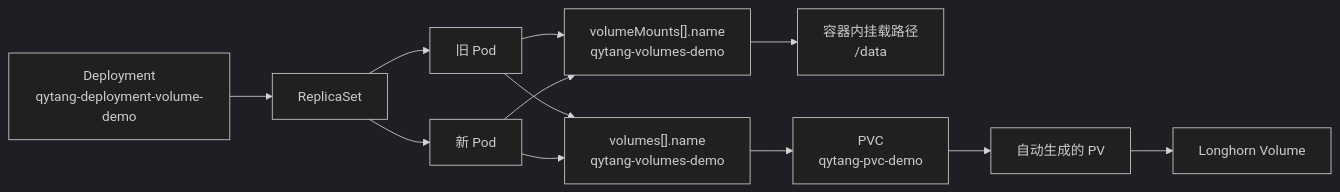
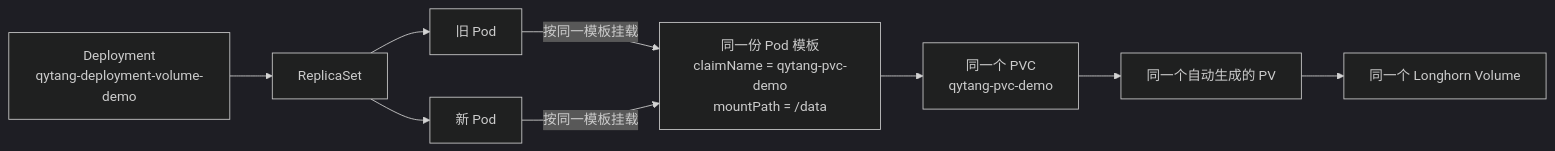
One commit to hwang-protocol/docker_k8s_2026 changed the third of 3 diagrams in k8s/04-storage-and-stateful/docs/06_default_storageclass_and_test_pvc.md. Above: the diagram before and after it, drawn with Mermaid (dark theme). The commit also changed other lines of this file, not shown here.

Commit message:
Refine documentation on PVC and Pod management, emphasizing the use of a single Pod template for consistent volume claims. Clarify the relationship between old and new Pods, PVCs, and their corresponding PVs and Longhorn Volumes to enhance understanding of persistent storage behavior in Kubernetes.

````diff
--- a/k8s/04-storage-and-stateful/docs/06_default_storageclass_and_test_pvc.md
+++ b/k8s/04-storage-and-stateful/docs/06_default_storageclass_and_test_pvc.md
@@ -231,25 +231,20 @@
 ```mermaid
 flowchart LR
   deploy["Deployment<br/>qytang-deployment-volume-demo"]
   rs["ReplicaSet"]
   pod1["旧 Pod"]
   pod2["新 Pod"]
-  vol["volumes[].name<br/>qytang-volumes-demo"]
-  mount["volumeMounts[].name<br/>qytang-volumes-demo"]
-  path["容器内挂载路径<br/>/data"]
-  pvc["PVC<br/>qytang-pvc-demo"]
-  pv["自动生成的 PV"]
-  lhv["Longhorn Volume"]
+  template["同一份 Pod 模板<br/>claimName = qytang-pvc-demo<br/>mountPath = /data"]
+  pvc["同一个 PVC<br/>qytang-pvc-demo"]
+  pv["同一个自动生成的 PV"]
+  lhv["同一个 Longhorn Volume"]
 
   deploy --> rs
   rs --> pod1
   rs --> pod2
-  pod1 --> vol
-  pod2 --> vol
-  pod1 --> mount
-  pod2 --> mount
-  vol --> pvc
-  mount --> path
+  pod1 -->|按同一模板挂载| template
+  pod2 -->|按同一模板挂载| template
+  template --> pvc
   pvc --> pv
   pv --> lhv
 ```
````
